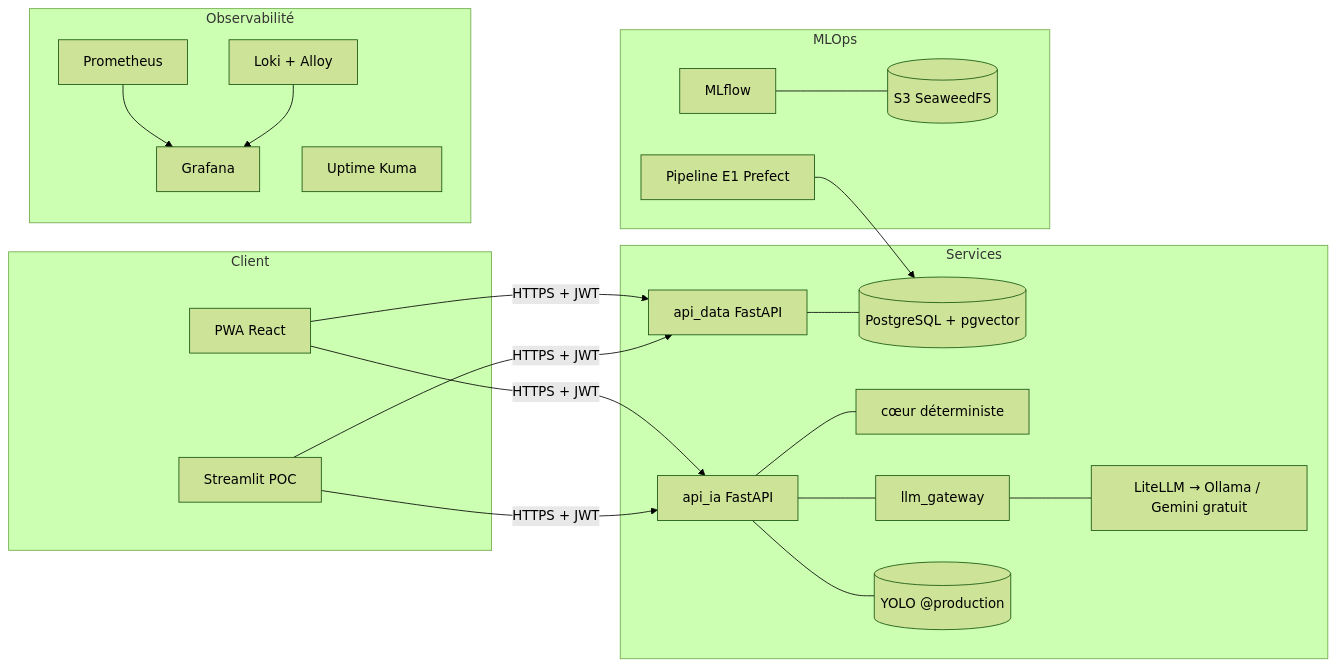
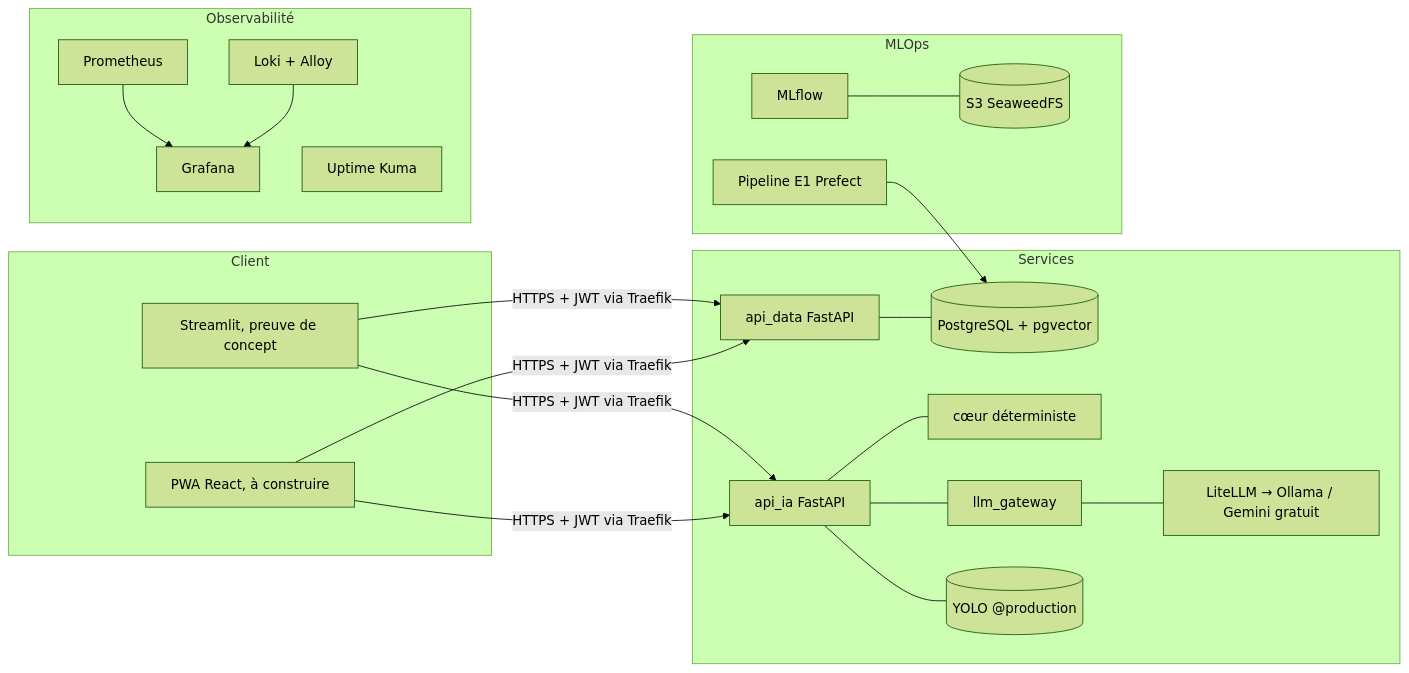
One commit to gprodi/PCO changed the third of 4 diagrams in microforge/docs/E4/architecture.md. Above: the diagram before and after it, drawn with Mermaid (forest theme). The commit also changed other lines of this file and 12 other files, not shown here.

First line of the commit message:
E4 : diagrammes C4 (contexte, conteneurs), écrans réels et workflows en annexe ; images dans les rapports

````diff
--- a/microforge/docs/E4/architecture.md
+++ b/microforge/docs/E4/architecture.md
@@ -4,20 +74,20 @@
 ```mermaid
 flowchart LR
   subgraph Client
-    PWA[PWA React] & ST[Streamlit POC]
+    ST[Streamlit, preuve de concept] & PWA[PWA React, à construire]
   end
   subgraph Services
     DATA[api_data FastAPI] --- PG[(PostgreSQL + pgvector)]
     IA[api_ia FastAPI] --- CORE[cœur déterministe]
     IA --- GW[llm_gateway] --- LLM[LiteLLM → Ollama / Gemini gratuit]
     IA --- MODEL[(YOLO @production)]
   end
   subgraph MLOps
     MLF[MLflow] --- S3[(S3 SeaweedFS)]
     PIPE[Pipeline E1 Prefect] --> PG
   end
   subgraph Observabilité
     PROM[Prometheus] --> GRAF[Grafana] ; LOKI[Loki + Alloy] --> GRAF ; KUMA[Uptime Kuma]
   end
-  PWA & ST -->|HTTPS + JWT| DATA & IA
+  ST & PWA -->|HTTPS + JWT via Traefik| DATA & IA
 ```
````
